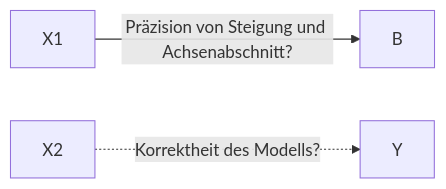
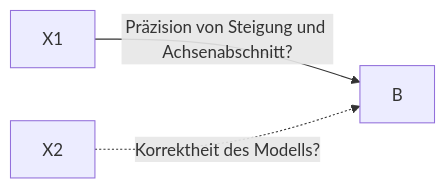
Before and after one commit to sebastiansauer/start-bayes: the third of 3 diagrams in 0200-Inferenz.qmd, drawn with Mermaid. The commit also changed other lines of this file and 2 other files, not shown here.

````diff
--- a/0200-Inferenz.qmd
+++ b/0200-Inferenz.qmd
@@ -721,8 +683,8 @@
 ```{mermaid}
 %%| label: fig-zwei-arten
 %%| fig-cap: Zwei Arten der Ungewissheit beim Modellieren
 flowchart LR
 X1 -->|Präzision von Steigung und Achsenabschnitt?|B
-X2 -. Korrektheit des Modells? .-> Y
+X2 -. Korrektheit des Modells? .-> B
 
 ```
````
